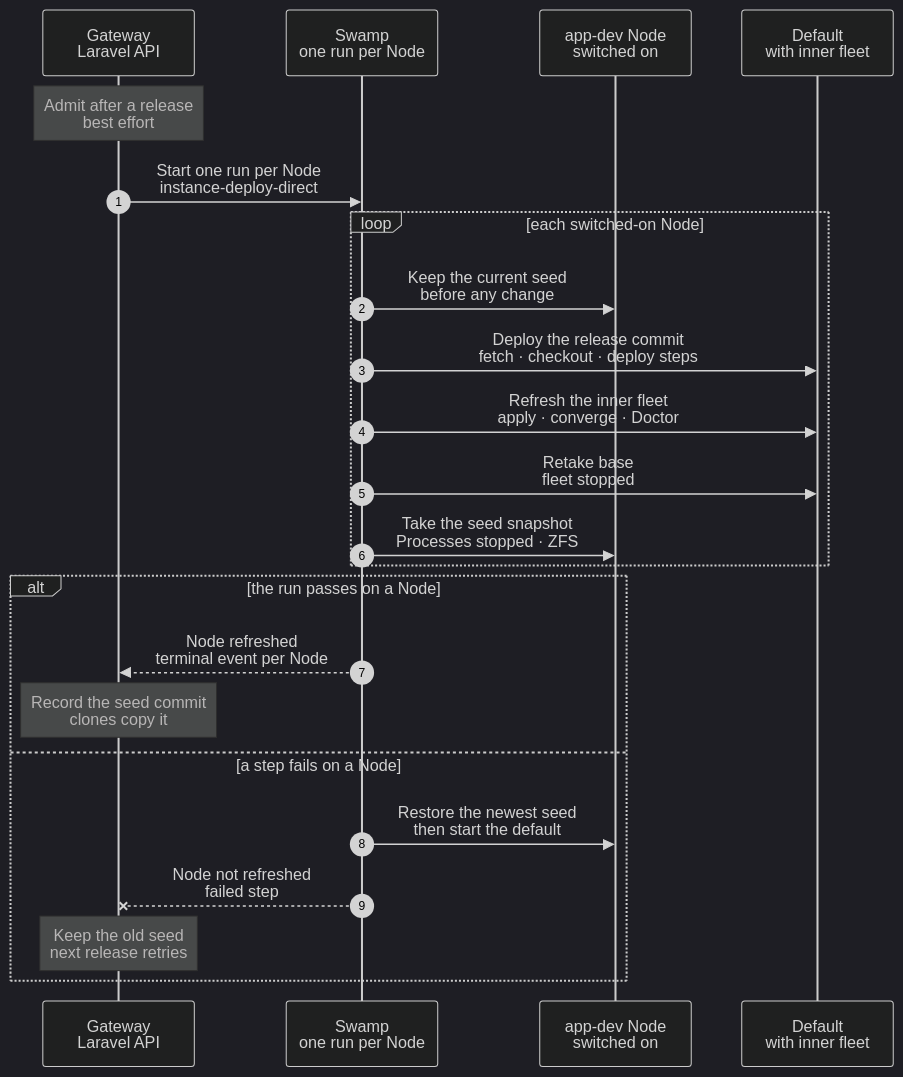
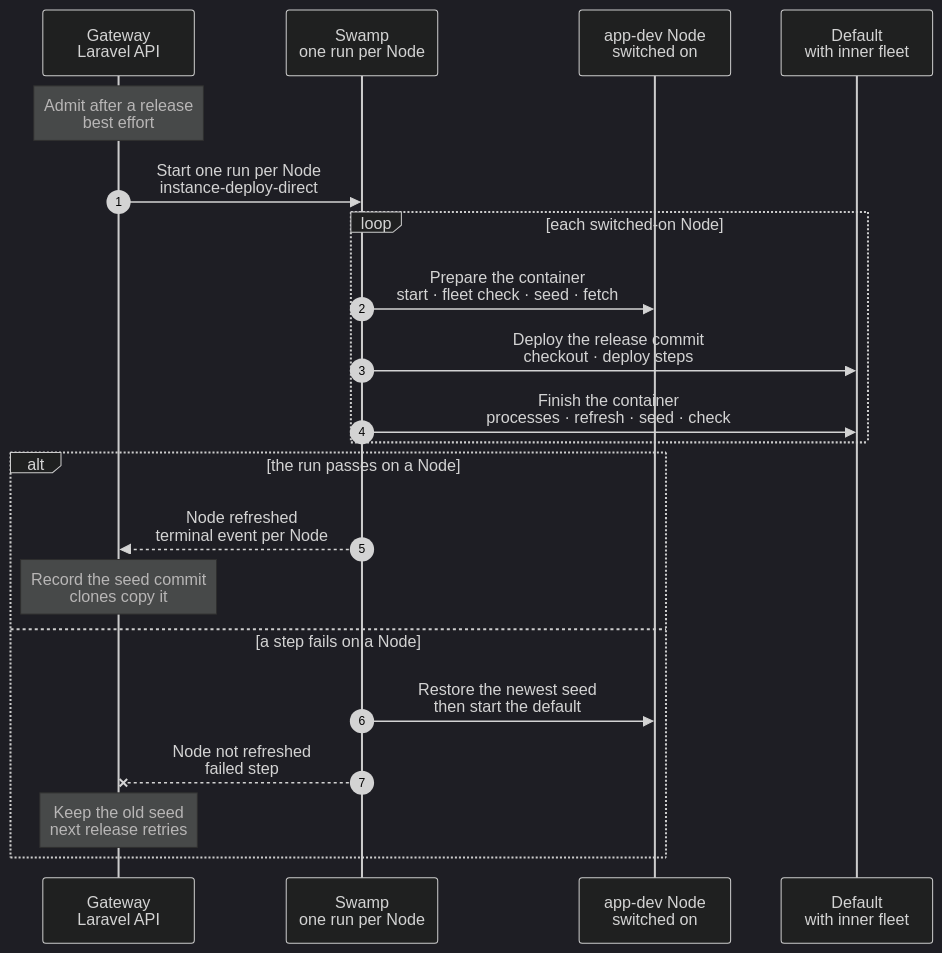
One commit to hardimpactdev/orbit changed the diagram in docs/reference/pipeline/6-task-image-seed-refresh.mmd. Above: the diagram before and after it, drawn with Mermaid (dark theme). The commit also changed 4 other files, not shown here.

First line of the commit message:
docs(instances): merge the container deploy phases into two steps

```diff
--- a/docs/reference/pipeline/6-task-image-seed-refresh.mmd
+++ b/docs/reference/pipeline/6-task-image-seed-refresh.mmd
@@ -1,56 +1,53 @@
 sequenceDiagram
   %% Target design: stage 6 of the command development pipeline. Each Node with the nested-fleet switch keeps the nested-fleet Project's default Instance, an Incus container that holds the inner fleet. After each Gateway release, Orbit deploys that default to the release commit, refreshes its fleet and takes the seed snapshot that a task or a new Instance of the Project clones. There is no VM, no image publish and no daily run. The per-Node run: docs/cli/instance/container/fleet-refresh.mmd. Until the last proof runs in containers, the task VM refresh (docs/cli/task/vm-image-refresh.mmd) still runs; see docs/reference/old-paths.md.
   %% status: draft
   %% command: development pipeline stage 6 · per-Node seed refresh
   %% kind: pipeline.6-task-image-seed-refresh
   autonumber
   %% lane GW icon=gateway pill=intent tone=blue
   %% lane SW icon=workflow pill=executes tone=green
   %% lane N icon=server pill=each Node tone=amber
   %% lane C icon=server pill=default tone=purple
   participant GW as Gateway<br/>Laravel API
   participant SW as Swamp<br/>one run per Node
   participant N as app-dev Node<br/>switched on
   participant C as Default<br/>with inner fleet
   Note over GW: Admit after a release<br/>best effort
   %%> Triggers:
   %%> - every verified Gateway release, from its admission step after Horizon starts; the release does not wait
   %%> When:
   %%> - a default with a clone copy in flight refuses with `instance.clone_in_flight`; the next release tries again
   %%> - a default with a deployment open refuses by its Instance lock; nothing queues behind it
   GW->>SW: Start one run per Node<br/>instance-deploy-direct
   %%> Why:
   %%> - each Node keeps its own seed; nothing is copied between Nodes
   loop each switched-on Node
-    SW->>N: Keep the current seed<br/>before any change
+    SW->>N: Prepare the container<br/>start · fleet check · seed · fetch
+    %%> What it does:
+    %%> - one play: starts the default, checks its running fleet once, keeps the current seed, fetches the release commit
     %%> Why:
-    %%> - a failure then restores a seed that holds the fleet
-    SW->>C: Deploy the release commit<br/>fetch · checkout · deploy steps
+    %%> - a later failure then restores a seed that holds the fleet; a failure here changes nothing and restores nothing
+    SW->>C: Deploy the release commit<br/>checkout · deploy steps
     %%> What it does:
     %%> - the same steps as every container default deployment
-    SW->>C: Refresh the inner fleet<br/>apply · converge · Doctor
+    SW->>C: Finish the container<br/>processes · refresh · seed · check
     %%> What it does:
-    %%> - starts the fleet, migrates the nested Gateway, converges the three nested Nodes, waits for Doctor
-    SW->>C: Retake base<br/>fleet stopped
-    %%> Why:
-    %%> - a restore reverts device and config keys, so `base` holds every fleet rule
-    SW->>N: Take the seed snapshot<br/>Processes stopped · ZFS
-    %%> What it does:
-    %%> - refuses when the Club key is a file on the default's disk; the key lives outside it
+    %%> - one play: installs the Processes, refreshes the inner fleet (migrate, converge, Doctor, and `base` retaken for the containers whose disk changed), takes the seed snapshot with the Processes stopped, and checks the default
+    %%> - refuses the seed when the Club key is a file on the default's disk; the key lives outside it
     %%> - a default with an inner volume: also snapshots the volume under the same name, right after a flush of the volume (`sync -f`); the two snapshots are the seed, and older pairs go after both new halves exist
   end
   alt the run passes on a Node
     SW-->>GW: Node refreshed<br/>terminal event per Node
     Note over GW: Record the seed commit<br/>clones copy it
     %%> Result:
     %%> - one slow Node does not hold the others; existing clones keep their fleet
     %%> - a new copy of a default with an inner volume copies both halves: the volume to its own `inner-<id>`, then the container; while the run is open such a copy refuses with `instance.default_seed_in_flight`
   else a step fails on a Node
     SW->>N: Restore the newest seed<br/>then start the default
     %%> What it does:
     %%> - a default with an inner volume needs both halves of the seed before it restores anything, then restores the container and the volume
     SW--xGW: Node not refreshed<br/>failed step
     Note over GW: Keep the old seed<br/>next release retries
     %%> Result:
     %%> - clones keep copying the old seed; the Operation names the failed step
   end
```
